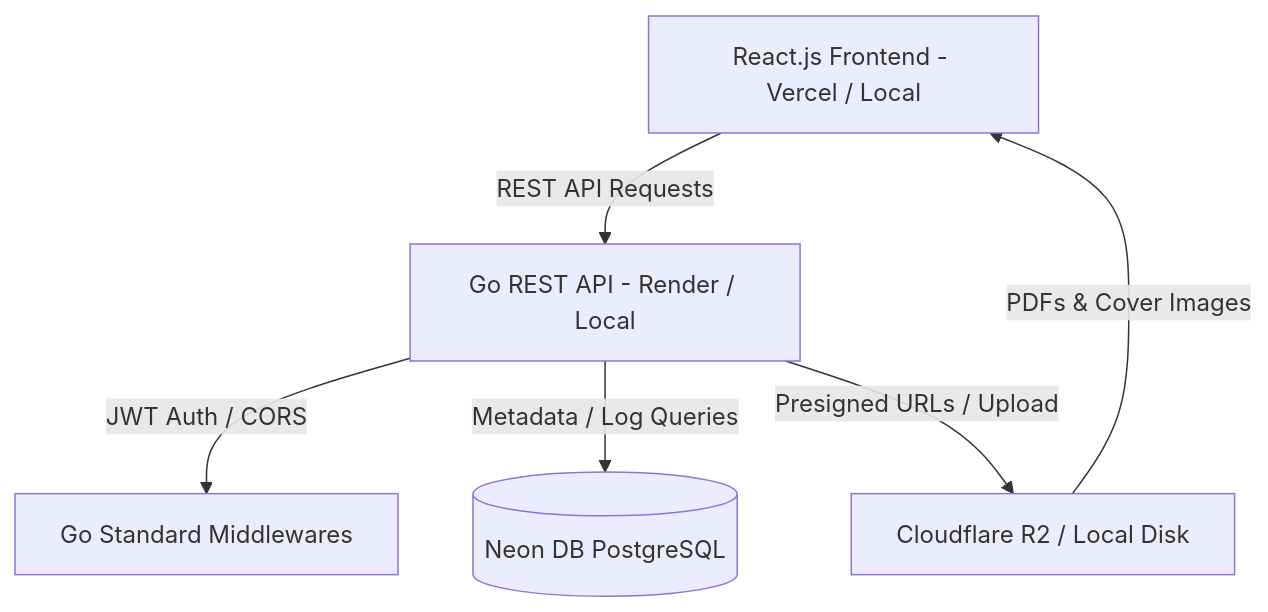
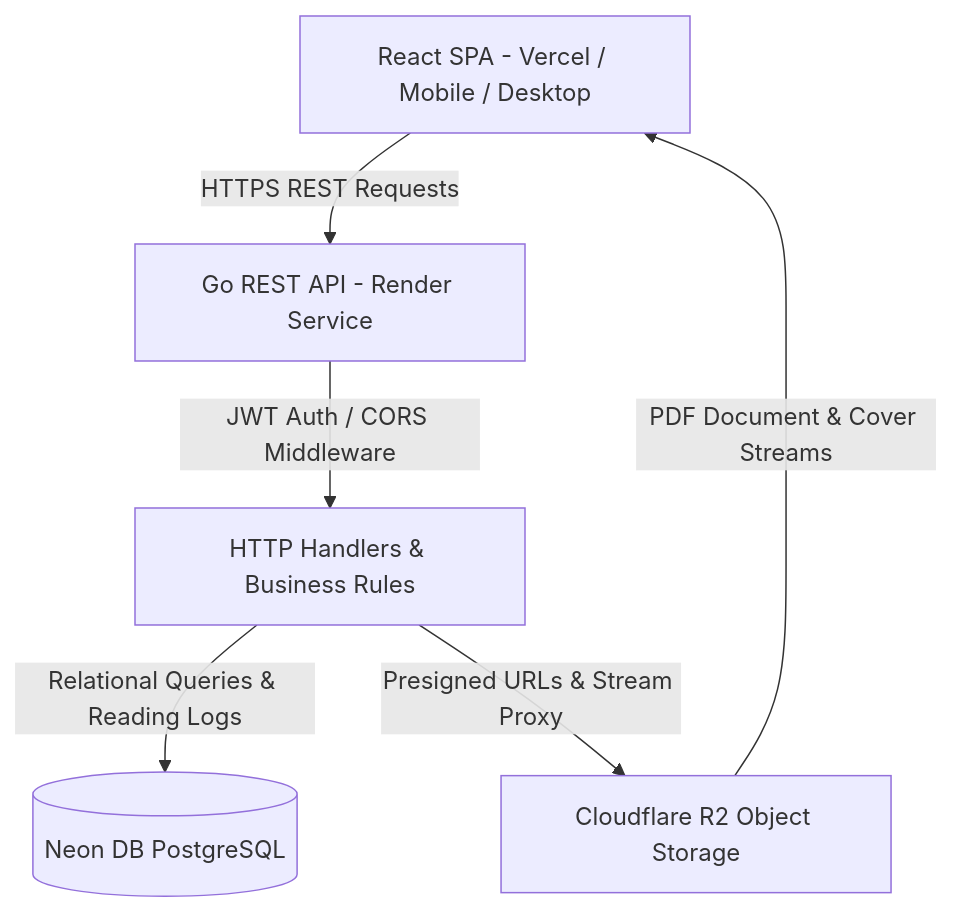
The diagram in README.md (ishansgr9/Smiling-Books), drawn with Mermaid before and after one commit. The commit also changed other lines of this file and 5 other files, not shown here.

````diff
--- a/README.md
+++ b/README.md
@@ -10,8 +26,8 @@
 ```mermaid
 graph TD
-    Client[React.js Frontend - Vercel / Local] -->|REST API Requests| Backend[Go REST API - Render / Local]
-    Backend -->|JWT Auth / CORS| Middleware[Go Standard Middlewares]
-    Backend -->|Metadata / Log Queries| DB[(Neon DB PostgreSQL)]
-    Backend -->|Presigned URLs / Upload| Storage[Cloudflare R2 / Local Disk]
-    Storage -->|PDFs & Cover Images| Client
+    Client[React SPA - Vercel / Mobile / Desktop] -->|HTTPS REST Requests| Backend[Go REST API - Render Service]
+    Backend -->|JWT Auth / CORS Middleware| Handlers[HTTP Handlers & Business Rules]
+    Handlers -->|Relational Queries & Reading Logs| NeonDB[(Neon DB PostgreSQL)]
+    Handlers -->|Presigned URLs & Stream Proxy| R2Storage[Cloudflare R2 Object Storage]
+    R2Storage -->|PDF Document & Cover Streams| Client
 ```
````
